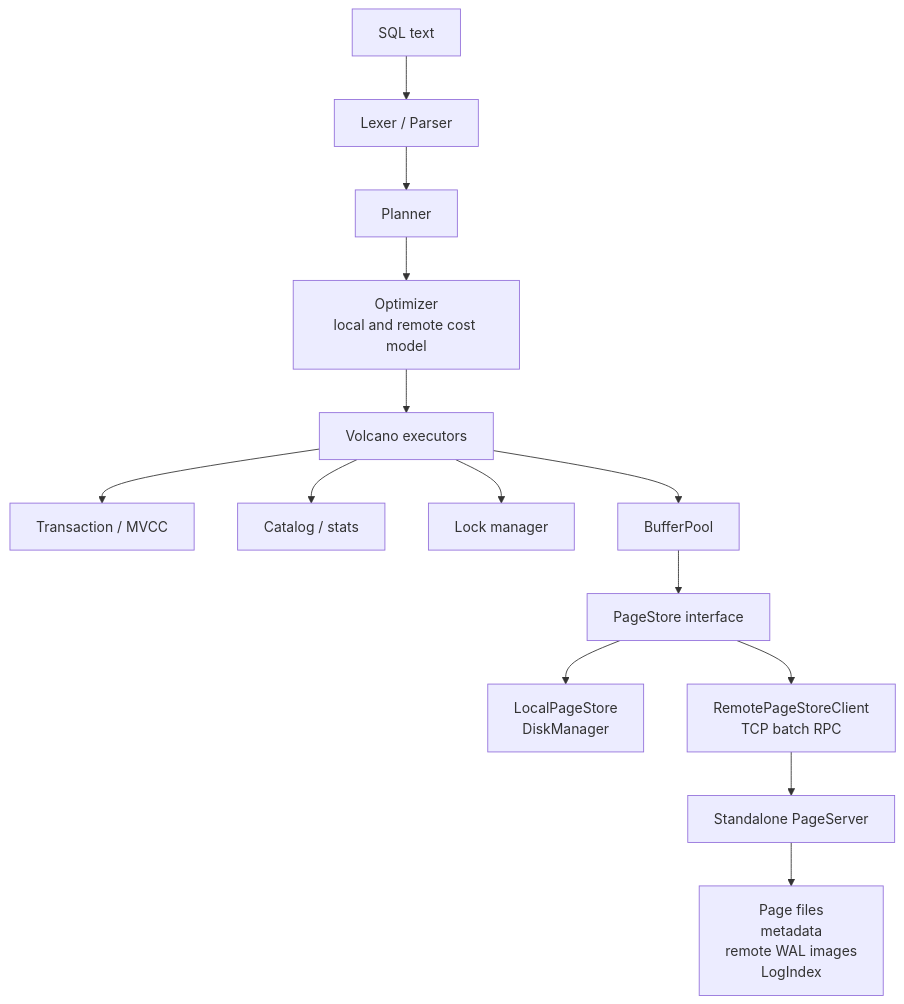
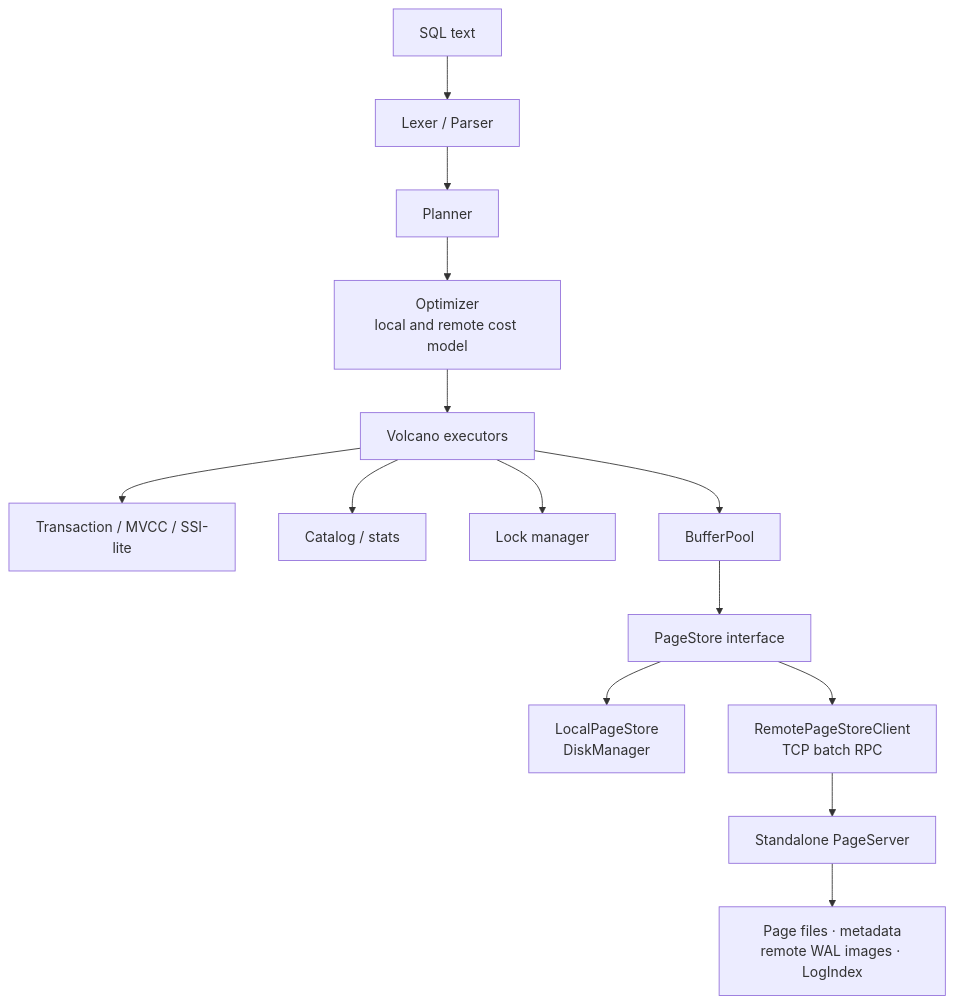
One commit to W1412X/minidb changed the diagram in README.md. Above: the diagram before and after it, drawn with Mermaid. The commit also changed other lines of this file and 1 other file, not shown here.

````diff
--- a/README.md
+++ b/README.md
@@ -358,16 +382,16 @@
 ```mermaid
 flowchart TD
     SQL["SQL text"] --> Parser["Lexer / Parser"]
     Parser --> Planner["Planner"]
     Planner --> Optimizer["Optimizer<br/>local and remote cost model"]
     Optimizer --> Executor["Volcano executors"]
-    Executor --> Txn["Transaction / MVCC"]
+    Executor --> Txn["Transaction / MVCC / SSI-lite"]
     Executor --> Catalog["Catalog / stats"]
     Executor --> Locks["Lock manager"]
     Executor --> Buffer["BufferPool"]
     Buffer --> PageStore["PageStore interface"]
     PageStore --> Local["LocalPageStore<br/>DiskManager"]
     PageStore --> Client["RemotePageStoreClient<br/>TCP batch RPC"]
     Client --> PS["Standalone PageServer"]
-    PS --> PSData["Page files<br/>metadata<br/>remote WAL images<br/>LogIndex"]
+    PS --> PSData["Page files · metadata<br/>remote WAL images · LogIndex"]
 ```
````
